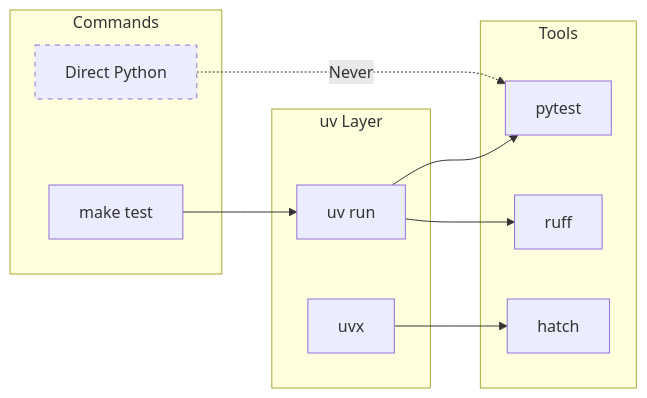
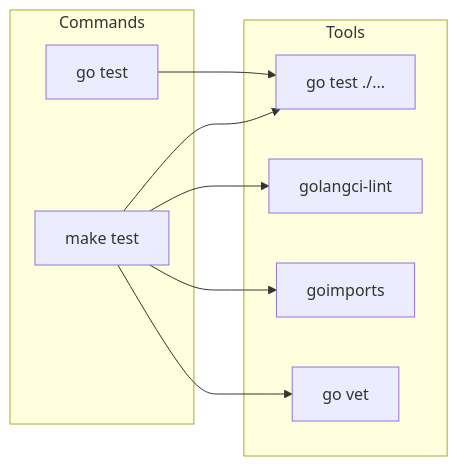
One commit to Jebel-Quant/rhiza-go changed the eighth of 8 diagrams in docs/ARCHITECTURE.md. Above: the diagram before and after it, drawn with Mermaid. The commit also changed other lines of this file and 17 other files, not shown here.

````diff
--- a/docs/ARCHITECTURE.md
+++ b/docs/ARCHITECTURE.md
@@ -218,27 +207,21 @@
 ```mermaid
 flowchart LR
     subgraph Commands
         make[make test]
-        direct[Direct Python]
-    end
-
-    subgraph UV["uv Layer"]
-        uv_run[uv run]
-        uvx[uvx]
+        direct[go test]
     end
 
     subgraph Tools
-        pytest[pytest]
-        ruff[ruff]
-        hatch[hatch]
+        gotest[go test ./...]
+        golint[golangci-lint]
+        gofmt[goimports]
+        govet[go vet]
     end
 
-    make --> uv_run
-    uv_run --> pytest
-    uv_run --> ruff
-    uvx --> hatch
+    make --> gotest
+    make --> golint
+    make --> gofmt
+    make --> govet
 
-    direct -.->|Never| pytest
-
-    style direct stroke-dasharray: 5 5
+    direct --> gotest
 ```
````
